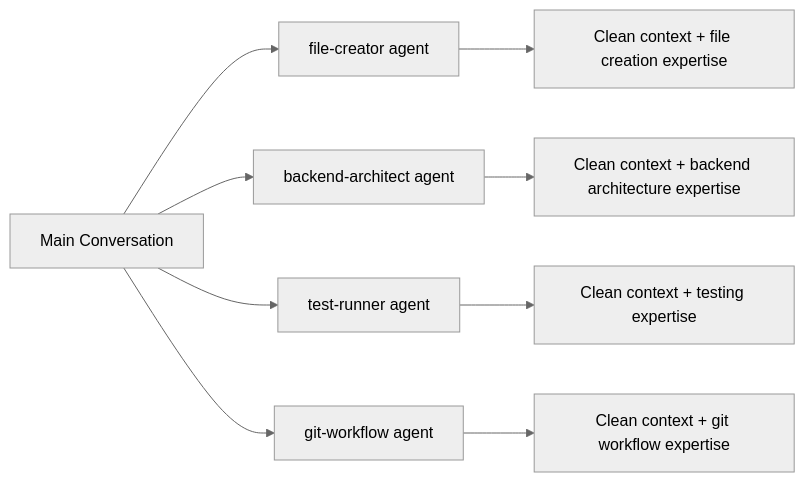
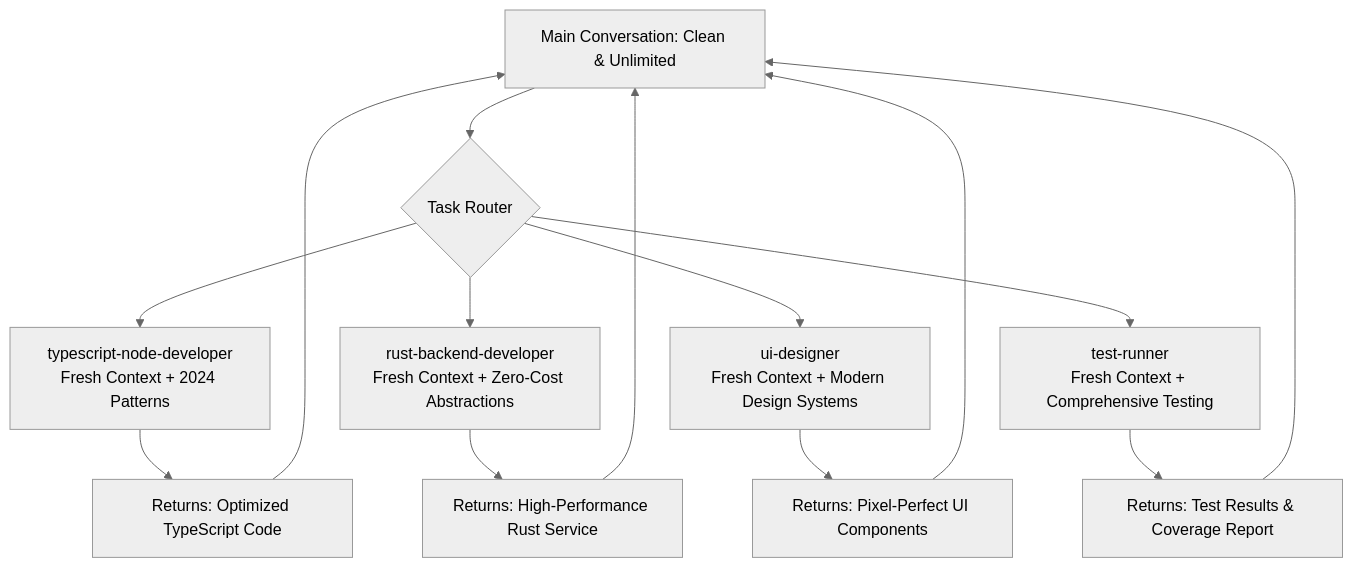
One commit to sibyllinesoft/hydra changed the diagram in README.md. Above: the diagram before and after it, drawn with Mermaid (neutral theme). The commit also changed other lines of this file and 1 other file, not shown here.

````diff
--- a/README.md
+++ b/README.md
@@ -30,12 +48,18 @@
 ```mermaid
-graph LR
-    A[Main Conversation] --> B[file-creator agent]
-    A --> C[backend-architect agent]  
-    A --> D[test-runner agent]
-    A --> E[git-workflow agent]
+graph TB
+    A[Main Conversation: Clean & Unlimited] --> B{Task Router}
+    B --> C[typescript-node-developer<br/>Fresh Context + 2024 Patterns]
+    B --> D[rust-backend-developer<br/>Fresh Context + Zero-Cost Abstractions]  
+    B --> E[ui-designer<br/>Fresh Context + Modern Design Systems]
+    B --> F[test-runner<br/>Fresh Context + Comprehensive Testing]
     
-    B --> F[Clean context + file creation expertise]
-    C --> G[Clean context + backend architecture expertise]
-    D --> H[Clean context + testing expertise]
-    E --> I[Clean context + git workflow expertise]
+    C --> G[Returns: Optimized TypeScript Code]
+    D --> H[Returns: High-Performance Rust Service]
+    E --> I[Returns: Pixel-Perfect UI Components]
+    F --> J[Returns: Test Results & Coverage Report]
+    
+    G --> A
+    H --> A
+    I --> A
+    J --> A
 ```
````
